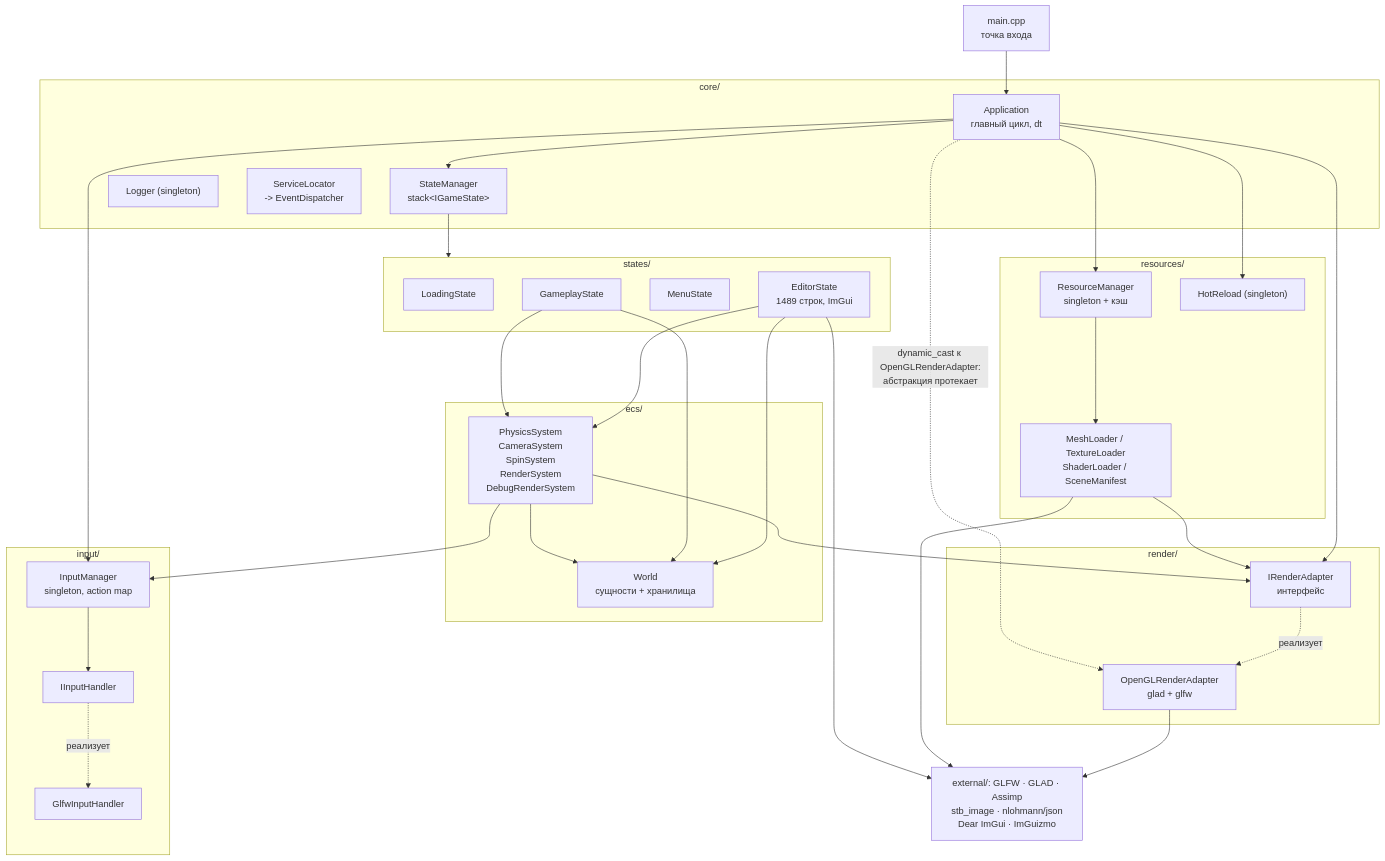
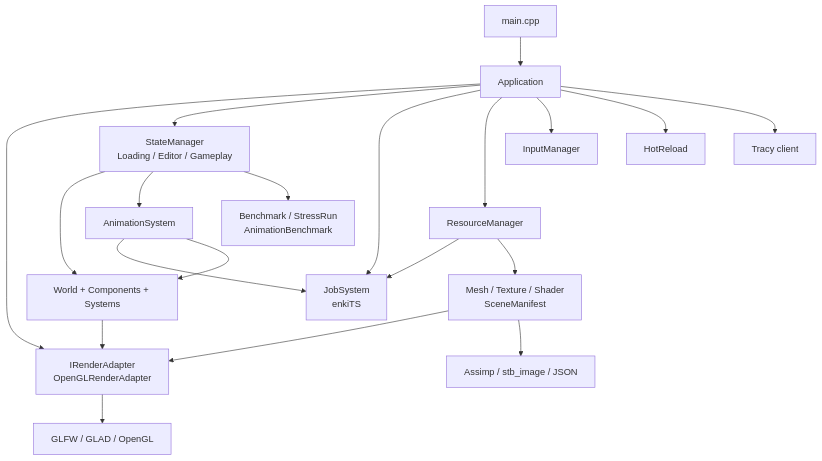
The first of 5 diagrams in docs/ARCHITECTURE.md (olegsheyko/AID_ITMO_UzlezzEngine), drawn with Mermaid before and after one commit. The commit also changed other lines of this file and 41 other files, not shown here.

````diff
--- a/docs/ARCHITECTURE.md
+++ b/docs/ARCHITECTURE.md
@@ -14,67 +18,25 @@
 ```mermaid
 flowchart TD
-    main["main.cpp<br/>точка входа"]
+    Main["main.cpp"] --> App["Application"]
 
-    subgraph core["core/"]
-        App["Application<br/>главный цикл, dt"]
-        SM["StateManager<br/>stack&lt;IGameState&gt;"]
-        Log["Logger (singleton)"]
-        SL["ServiceLocator<br/>-&gt; EventDispatcher"]
-    end
+    App --> Renderer["IRenderAdapter<br/>OpenGLRenderAdapter"]
+    App --> States["StateManager<br/>Loading / Editor / Gameplay"]
+    App --> Jobs["JobSystem<br/>enkiTS"]
+    App --> Resources["ResourceManager"]
+    App --> Input["InputManager"]
+    App --> HotReload["HotReload"]
+    App --> Tracy["Tracy client"]
 
-    subgraph states["states/"]
-        Loading["LoadingState"]
-        Editor["EditorState<br/>1489 строк, ImGui"]
-        Menu["MenuState"]
-        Gameplay["GameplayState"]
-    end
+    States --> ECS["World + Components + Systems"]
+    States --> Animation["AnimationSystem"]
+    States --> Bench["Benchmark / StressRun<br/>AnimationBenchmark"]
 
-    subgraph ecs["ecs/"]
-        World["World<br/>сущности + хранилища"]
-        Sys["PhysicsSystem<br/>CameraSystem<br/>SpinSystem<br/>RenderSystem<br/>DebugRenderSystem"]
-    end
-
-    subgraph render["render/"]
-        IRA["IRenderAdapter<br/>интерфейс"]
-        GL["OpenGLRenderAdapter<br/>glad + glfw"]
-    end
-
-    subgraph res["resources/"]
-        RM["ResourceManager<br/>singleton + кэш"]
-        Loaders["MeshLoader / TextureLoader<br/>ShaderLoader / SceneManifest"]
-        HR["HotReload (singleton)"]
-    end
-
-    subgraph inp["input/"]
-        IM["InputManager<br/>singleton, action map"]
-        IIH["IInputHandler"]
-        GIH["GlfwInputHandler"]
-    end
-
-    Ext["external/: GLFW · GLAD · Assimp<br/>stb_image · nlohmann/json<br/>Dear ImGui · ImGuizmo"]
-
-    main --> App
-    App --> SM
-    App --> IRA
-    App --> RM
-    App --> IM
-    App --> HR
-    SM --> states
-    Editor --> World
-    Editor --> Sys
-    Gameplay --> World
-    Gameplay --> Sys
-    Sys --> World
-    Sys --> IRA
-    Sys --> IM
-    RM --> Loaders
-    Loaders --> IRA
-    IRA -.->|реализует| GL
-    IIH -.->|реализует| GIH
-    IM --> IIH
-    GL --> Ext
-    Loaders --> Ext
-    Editor --> Ext
-
-    App -.->|"dynamic_cast к OpenGLRenderAdapter:<br/>абстракция протекает"| GL
+    ECS --> Renderer
+    Animation --> Jobs
+    Animation --> ECS
+    Resources --> Jobs
+    Resources --> Loaders["Mesh / Texture / Shader<br/>SceneManifest"]
+    Loaders --> Renderer
+    Loaders --> External["Assimp / stb_image / JSON"]
+    Renderer --> GL["GLFW / GLAD / OpenGL"]
 ```
````
